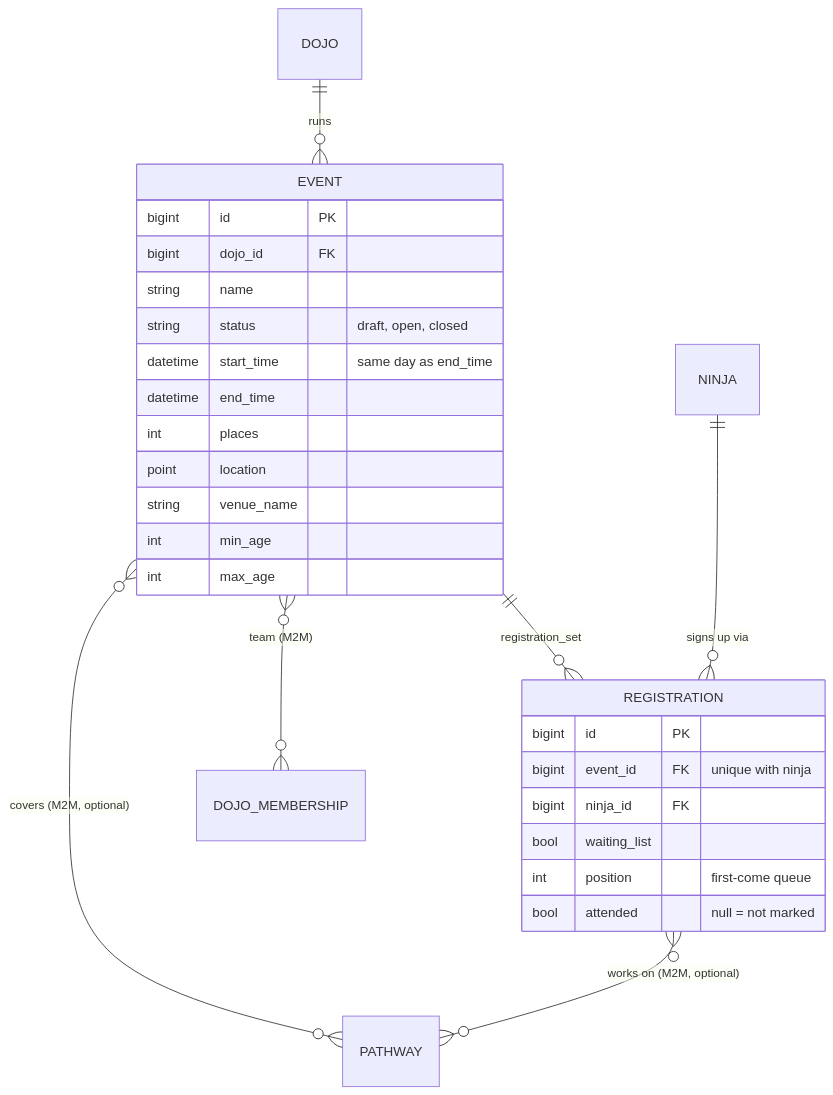
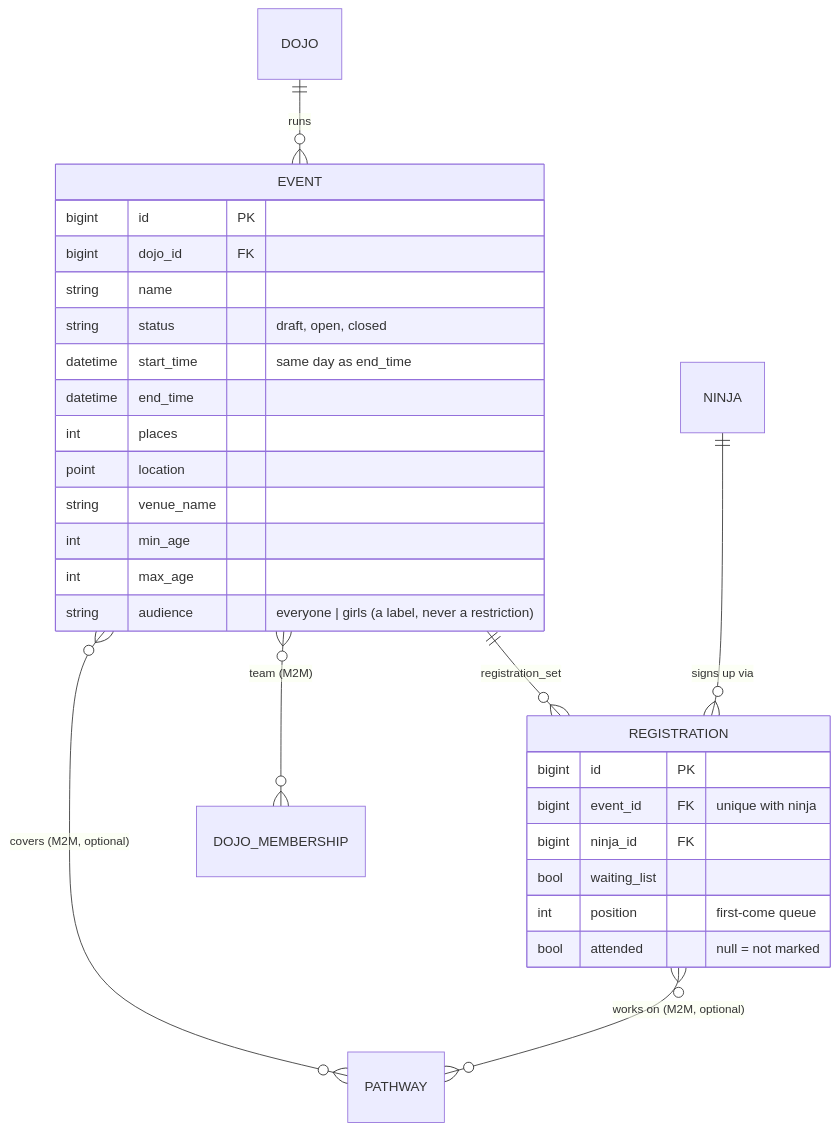
One commit to DoublG/coderdojo-event-registration changed the fifth of 23 diagrams in DATA_MODEL.md. Above: the diagram before and after it, drawn with Mermaid. The commit also changed other lines of this file and 34 other files, not shown here.

First line of the commit message:
Phase 2: gender on the family forms, girls' session label

````diff
--- a/DATA_MODEL.md
+++ b/DATA_MODEL.md
@@ -266,31 +266,32 @@
 ```mermaid
 erDiagram
     DOJO ||--o{ EVENT : "runs"
     EVENT ||--o{ REGISTRATION : "registration_set"
     NINJA ||--o{ REGISTRATION : "signs up via"
     EVENT }o--o{ PATHWAY : "covers (M2M, optional)"
     REGISTRATION }o--o{ PATHWAY : "works on (M2M, optional)"
     EVENT }o--o{ DOJO_MEMBERSHIP : "team (M2M)"
 
     EVENT {
         bigint id PK
         bigint dojo_id FK
         string name
         string status "draft, open, closed"
         datetime start_time "same day as end_time"
         datetime end_time
         int places
         point location
         string venue_name
         int min_age
         int max_age
+        string audience "everyone | girls (a label, never a restriction)"
     }
     REGISTRATION {
         bigint id PK
         bigint event_id FK "unique with ninja"
         bigint ninja_id FK
         bool waiting_list
         int position "first-come queue"
         bool attended "null = not marked"
     }
 ```
````
